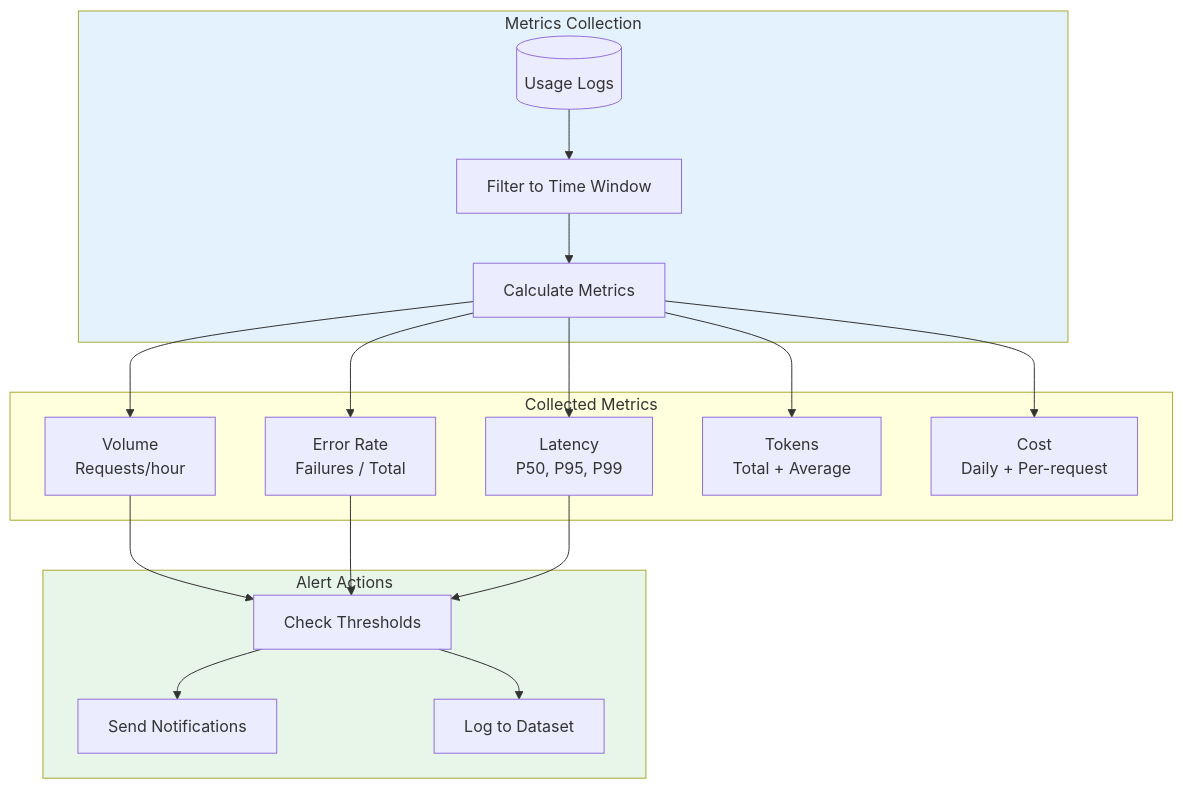
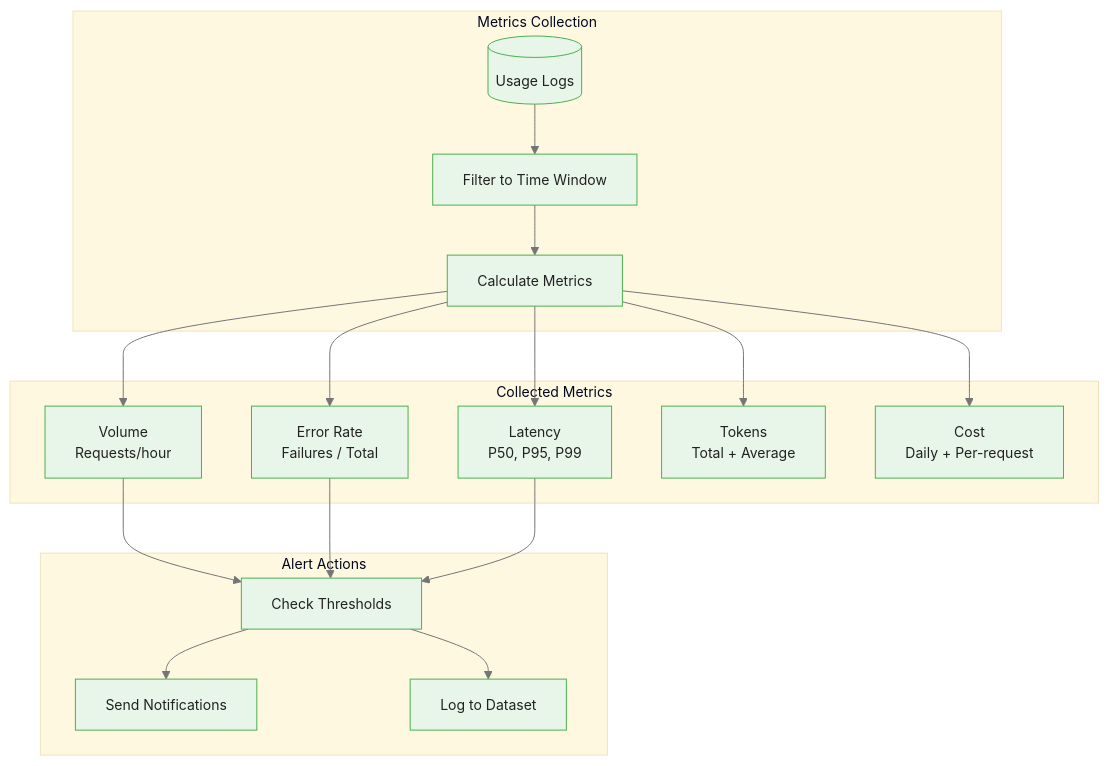
Before and after one commit to m-deane/course-creator: the fifth of 5 diagrams in courses/dataiku-genai/modules/module_04_deployment/guides/03_governance_slides.md, drawn with Mermaid. The commit also changed other lines of this file and 54 other files, not shown here.

````diff
--- a/courses/dataiku-genai/modules/module_04_deployment/guides/03_governance_slides.md
+++ b/courses/dataiku-genai/modules/module_04_deployment/guides/03_governance_slides.md
@@ -321,36 +320,34 @@
 ```mermaid
+%%{init: {"theme": "base", "themeVariables": {"primaryColor": "#e8f5e9", "primaryBorderColor": "#4caf50", "primaryTextColor": "#212121", "secondaryColor": "#e3f2fd", "tertiaryColor": "#fff8e1", "lineColor": "#757575", "fontFamily": "Inter, sans-serif", "fontSize": "14px"}}}%%
 graph TB
     subgraph Collection[Metrics Collection]
         LOGS[(Usage Logs)] --> FILTER[Filter to Time Window]
         FILTER --> CALC[Calculate Metrics]
     end
 
     subgraph Metrics[Collected Metrics]
         VOL[Volume<br/>Requests/hour]
         ERR[Error Rate<br/>Failures / Total]
         LAT[Latency<br/>P50, P95, P99]
         TOK[Tokens<br/>Total + Average]
         COST[Cost<br/>Daily + Per-request]
     end
 
     subgraph Actions[Alert Actions]
         CHECK[Check Thresholds]
         SEND[Send Notifications]
         LOG[Log to Dataset]
     end
 
     CALC --> VOL
     CALC --> ERR
     CALC --> LAT
     CALC --> TOK
     CALC --> COST
 
     VOL --> CHECK
     ERR --> CHECK
     LAT --> CHECK
     CHECK --> SEND
     CHECK --> LOG
-
-    style Collection fill:#e3f2fd
-    style Actions fill:#e8f5e9
 ```
````
